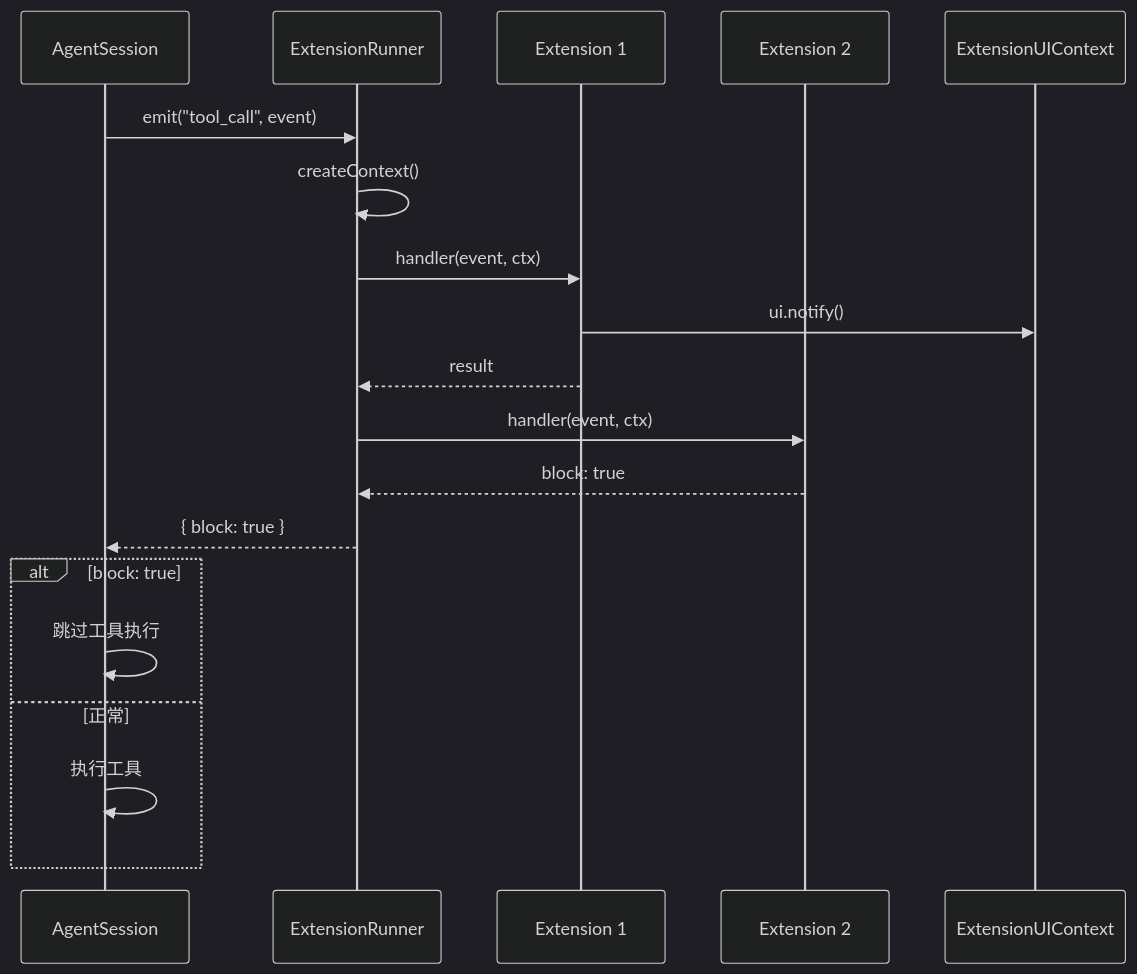
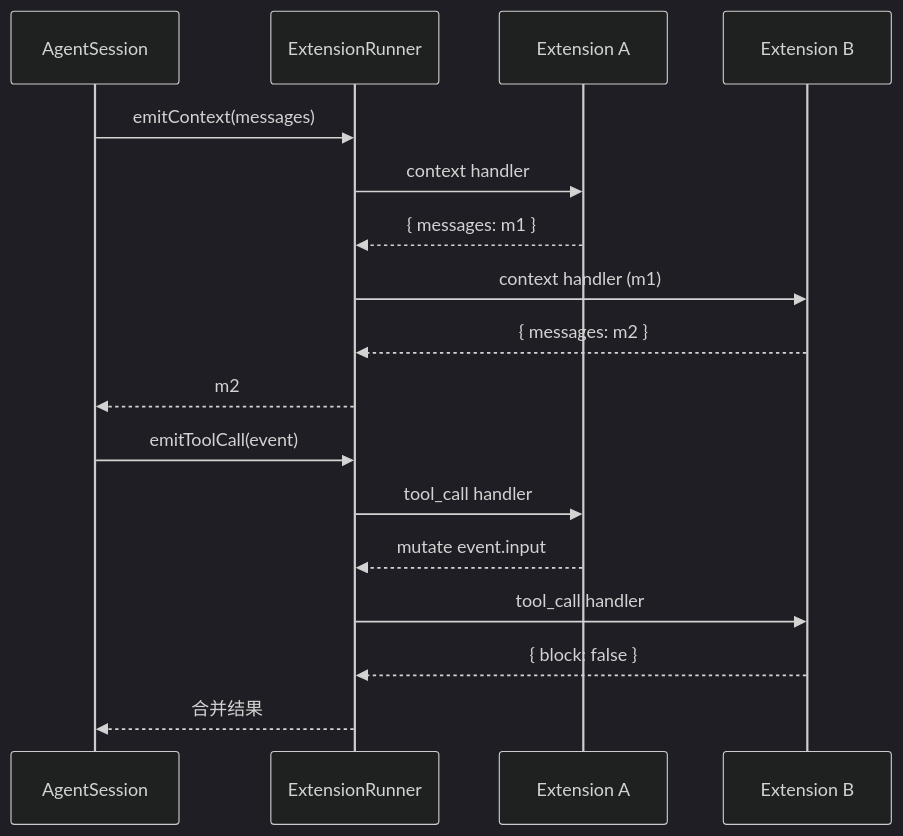
One commit to StrayDragon/pi-mono changed diagram 11 of 12 in _LEARN/04-subsystems/02-extension-system.md. Above: the diagram before and after it, drawn with Mermaid (dark theme). The commit also changed other lines of this file and 42 other files, not shown here.

````diff
--- a/_LEARN/04-subsystems/02-extension-system.md
+++ b/_LEARN/04-subsystems/02-extension-system.md
@@ -1095,25 +421,21 @@
 ```mermaid
 sequenceDiagram
-    participant Core as AgentSession
-    participant Runner as ExtensionRunner
-    participant Ext1 as Extension 1
-    participant Ext2 as Extension 2
-    participant UI as ExtensionUIContext
+    participant SM as AgentSession
+    participant ER as ExtensionRunner
+    participant E1 as Extension A
+    participant E2 as Extension B
 
-    Core->>Runner: emit("tool_call", event)
-    Runner->>Runner: createContext()
-    Runner->>Ext1: handler(event, ctx)
-    Ext1->>UI: ui.notify()
-    Ext1-->>Runner: result
+    SM->>ER: emitContext(messages)
+    ER->>E1: context handler
+    E1-->>ER: { messages: m1 }
+    ER->>E2: context handler (m1)
+    E2-->>ER: { messages: m2 }
+    ER-->>SM: m2
 
-    Runner->>Ext2: handler(event, ctx)
-    Ext2-->>Runner: block: true
-
-    Runner-->>Core: { block: true }
-
-    alt block: true
-        Core->>Core: 跳过工具执行
-    else 正常
-        Core->>Core: 执行工具
-    end
+    SM->>ER: emitToolCall(event)
+    ER->>E1: tool_call handler
+    E1-->>ER: mutate event.input
+    ER->>E2: tool_call handler
+    E2-->>ER: { block: false }
+    ER-->>SM: 合并结果
 ```
````
